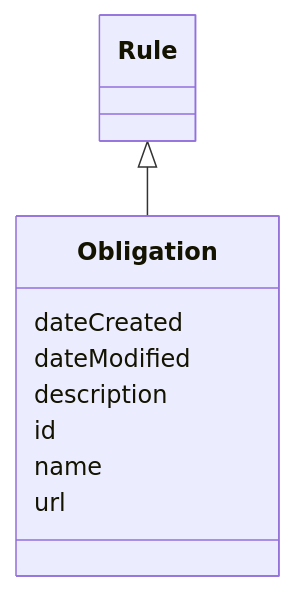
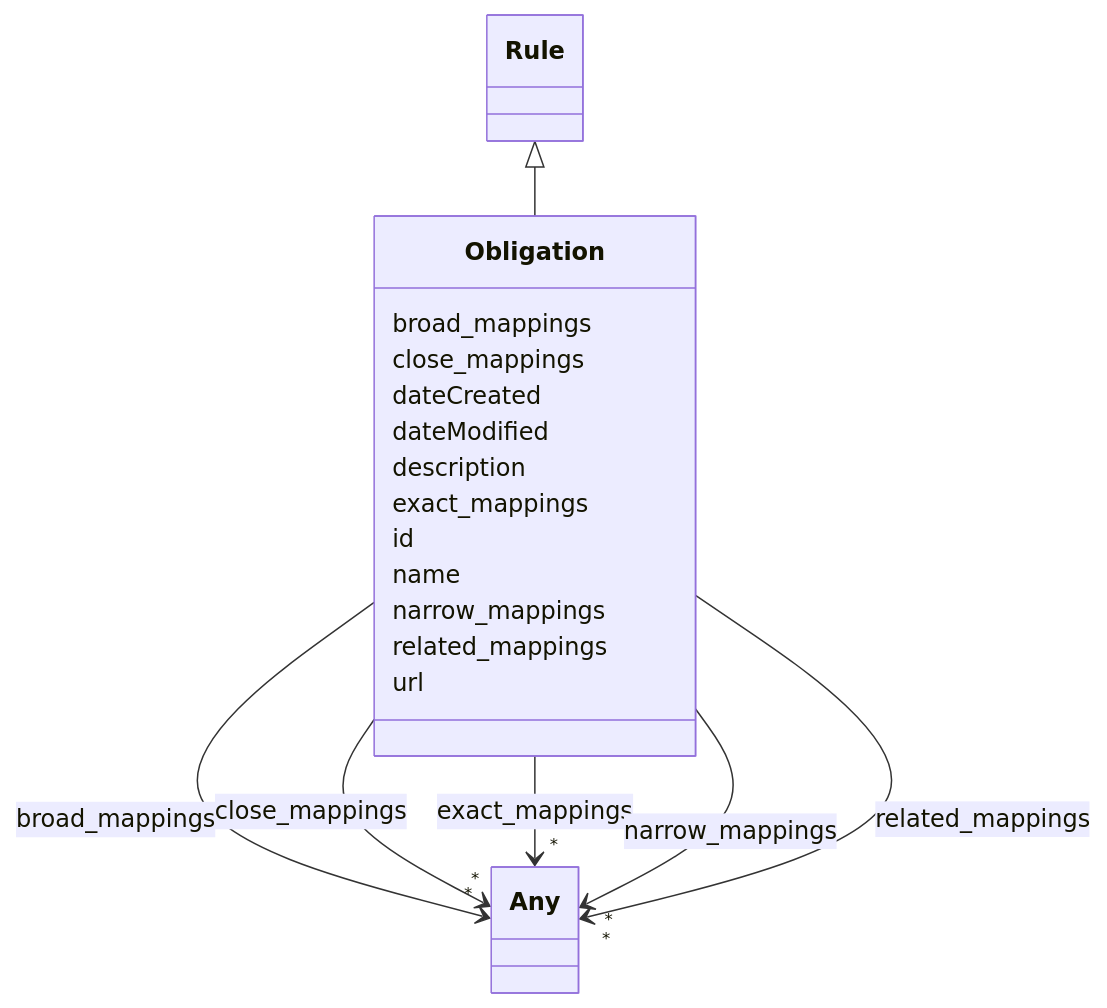
One commit to ingelise/risk-atlas-nexus changed the diagram in docs/ontology/Obligation.md. Above: the diagram before and after it, drawn with Mermaid. The commit also changed other lines of this file and 180 other files, not shown here.

````diff
--- a/docs/ontology/Obligation.md
+++ b/docs/ontology/Obligation.md
@@ -18,21 +18,76 @@
 ```mermaid
  classDiagram
     class Obligation
     click Obligation href "../Obligation/"
       Rule <|-- Obligation
         click Rule href "../Rule/"
 
+      Obligation : broad_mappings
+
+
+
+
+
+        Obligation --> "*" Any : broad_mappings
+        click Any href "../Any/"
+
+
+
+      Obligation : close_mappings
+
+
+
+
+
+        Obligation --> "*" Any : close_mappings
+        click Any href "../Any/"
+
+
+
       Obligation : dateCreated
 
       Obligation : dateModified
 
       Obligation : description
 
+      Obligation : exact_mappings
+
+
+
+
+
+        Obligation --> "*" Any : exact_mappings
+        click Any href "../Any/"
+
+
+
       Obligation : id
 
       Obligation : name
+
+      Obligation : narrow_mappings
+
+
+
+
+
+        Obligation --> "*" Any : narrow_mappings
+        click Any href "../Any/"
+
+
+
+      Obligation : related_mappings
+
+
+
+
+
+        Obligation --> "*" Any : related_mappings
+        click Any href "../Any/"
+
+
 
       Obligation : url
 
 
 ```
````
